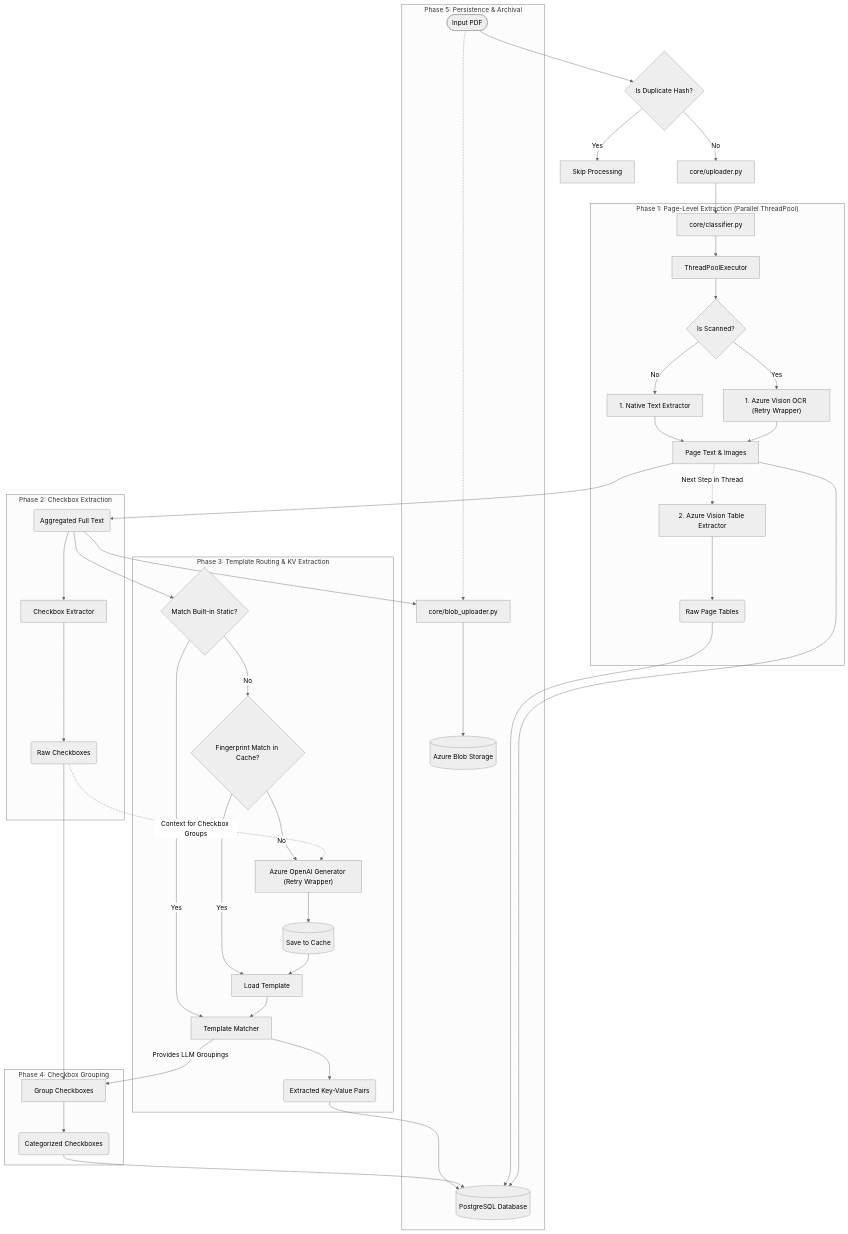
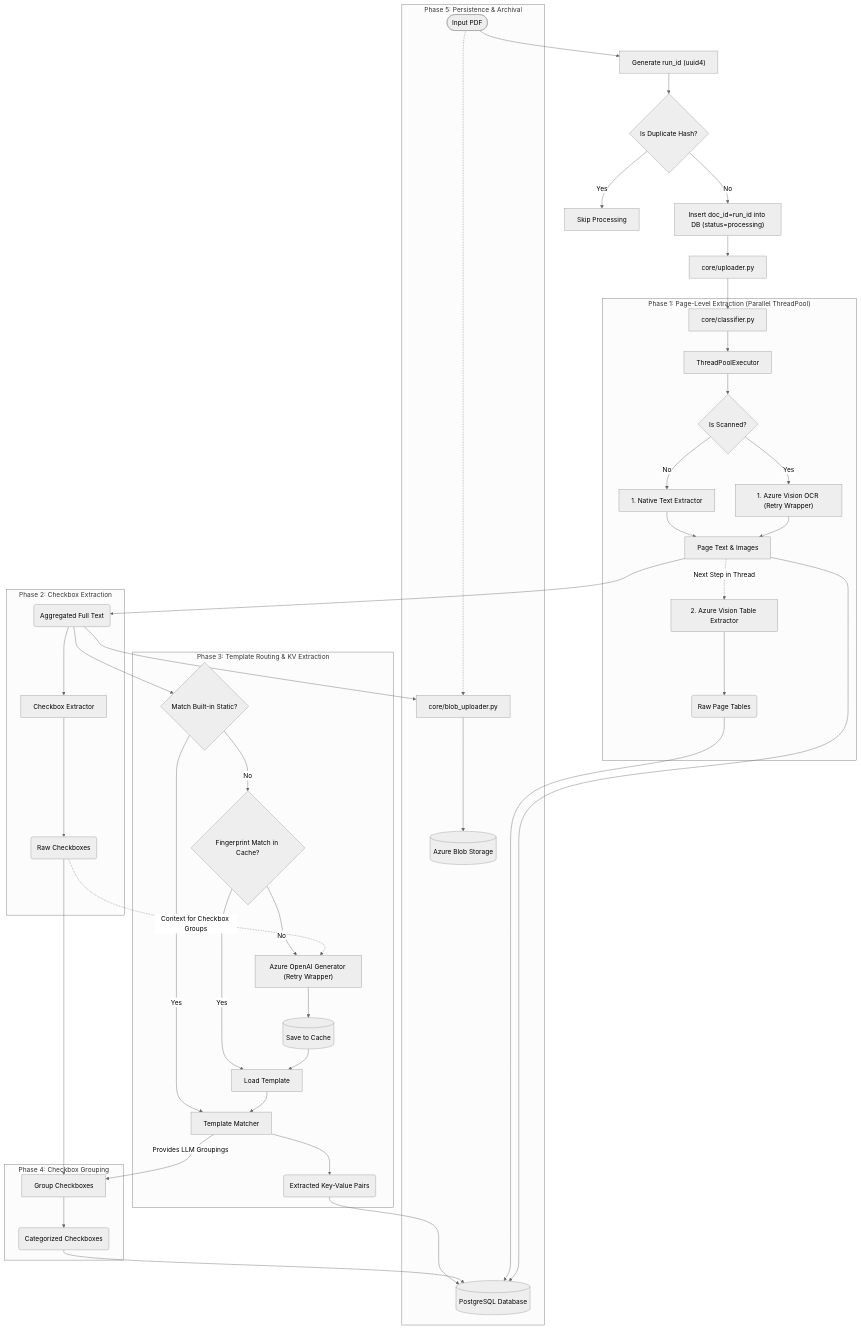
Before and after one commit to neogi5043/Unstra_Ingestor: the first of 2 diagrams in technical_documentation.md, drawn with Mermaid (neutral theme). The commit also changed other lines of this file and 16 other files, not shown here.

````diff
--- a/technical_documentation.md
+++ b/technical_documentation.md
@@ -14,60 +14,62 @@
 ```mermaid
 flowchart TD
-    InputPDF([Input PDF]) --> Hasher{"Is Duplicate Hash?"}
+    InputPDF([Input PDF]) --> RunID["Generate run_id (uuid4)"]
+    RunID --> Hasher{"Is Duplicate Hash?"}
     Hasher -->|Yes| Skip[Skip Processing]
-    Hasher -->|No| Uploader["core/uploader.py"]
+    Hasher -->|No| InitDB["Insert doc_id=run_id into DB (status=processing)"]
+    InitDB --> Uploader["core/uploader.py"]
     Uploader --> Classifier["core/classifier.py"]
 
     subgraph Phase1 ["Phase 1: Page-Level Extraction (Parallel ThreadPool)"]
         Classifier --> PagePool[ThreadPoolExecutor]
         PagePool --> TextRouter{"Is Scanned?"}
         TextRouter -->|No| NativeText["1. Native Text Extractor"]
         TextRouter -->|Yes| AzureVision["1. Azure Vision OCR (Retry Wrapper)"]
         
         NativeText --> PageText[Page Text & Images]
         AzureVision --> PageText
         
         PageText -.->|Next Step in Thread| TableExt[2. Azure Vision Table Extractor]
         TableExt --> RawTables(Raw Page Tables)
     end
 
     subgraph Phase2 ["Phase 2: Checkbox Extraction"]
         PageText --> FullText(Aggregated Full Text)
         FullText --> CheckboxExt[Checkbox Extractor]
         CheckboxExt --> RawCheckboxes(Raw Checkboxes)
     end
 
     subgraph Phase3 ["Phase 3: Template Routing & KV Extraction"]
         FullText --> TempRouter{"Match Built-in Static?"}
         
         TempRouter -->|No| CacheCheck{"Fingerprint Match in Cache?"}
         CacheCheck -->|Yes| LoadCache[Load Template]
         
         CacheCheck -->|No| LLMGen["Azure OpenAI Generator (Retry Wrapper)"]
         RawCheckboxes -.->|Context for Checkbox Groups| LLMGen
         LLMGen --> SaveCache[(Save to Cache)]
         SaveCache --> LoadCache
         
         TempRouter -->|Yes| ExecTemplate[Template Matcher]
         LoadCache --> ExecTemplate
         
         ExecTemplate --> KVPairs(Extracted Key-Value Pairs)
     end
 
     subgraph Phase4 ["Phase 4: Checkbox Grouping"]
         ExecTemplate -->|Provides LLM Groupings| CheckboxGroup[Group Checkboxes]
         RawCheckboxes --> CheckboxGroup
         CheckboxGroup --> RefinedCheckboxes(Categorized Checkboxes)
     end
 
     subgraph Phase5 ["Phase 5: Persistence & Archival"]
         KVPairs --> DB[(PostgreSQL Database)]
         RefinedCheckboxes --> DB
         RawTables --> DB
         PageText --> DB
         
         InputPDF -.-> BlobUploader[core/blob_uploader.py]
         FullText --> BlobUploader
         BlobUploader --> AzureBlob[(Azure Blob Storage)]
     end
 ```
````
